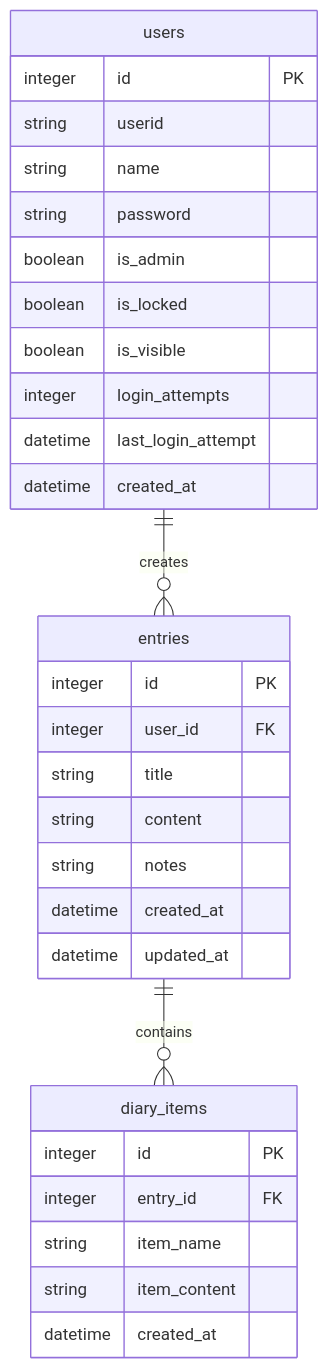
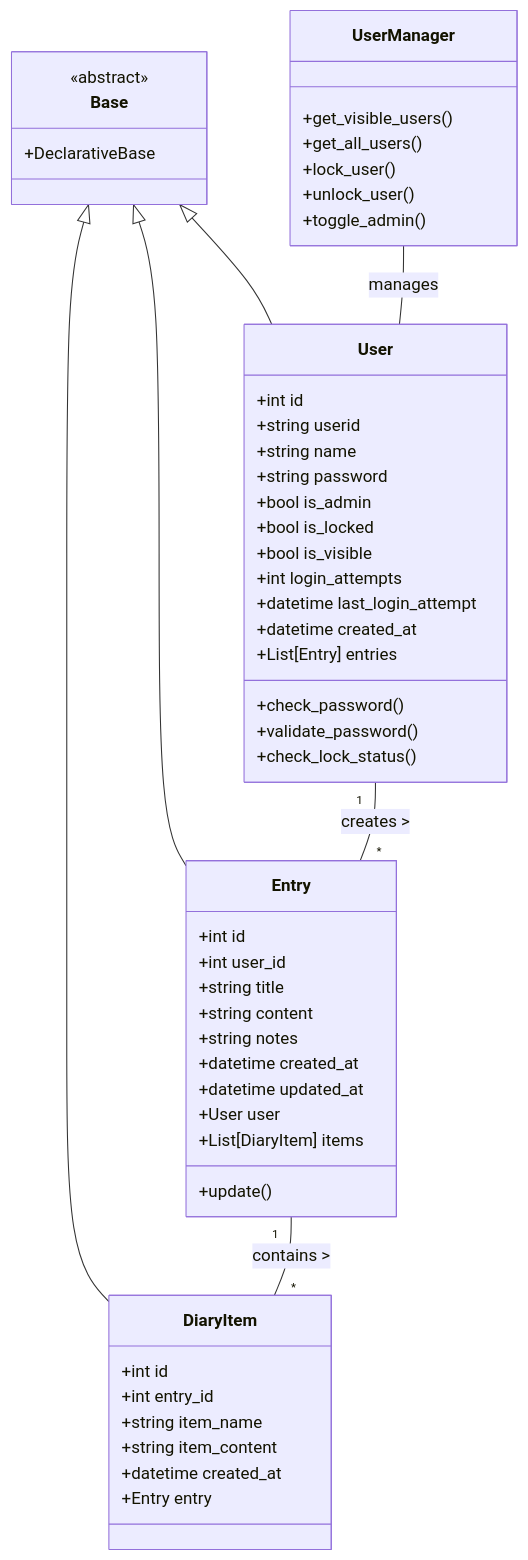
One commit to sougetuOte/LifeLog changed the second of 11 diagrams in docs/diagrams.md. Above: the diagram before and after it, drawn with Mermaid. The commit also changed other lines of this file and 6 other files, not shown here.

````diff
--- a/docs/diagrams.md
+++ b/docs/diagrams.md
@@ -4,36 +42,61 @@
 ```mermaid
-erDiagram
-    users ||--o{ entries : creates
-    entries ||--o{ diary_items : contains
-    
-    users {
-        integer id PK
-        string userid
-        string name
-        string password
-        boolean is_admin
-        boolean is_locked
-        boolean is_visible
-        integer login_attempts
-        datetime last_login_attempt
-        datetime created_at
+classDiagram
+    class Base {
+        <<abstract>>
+        +DeclarativeBase
     }
-    
-    entries {
-        integer id PK
-        integer user_id FK
-        string title
-        string content
-        string notes
-        datetime created_at
-        datetime updated_at
+
+    class User {
+        +int id
+        +string userid
+        +string name
+        +string password
+        +bool is_admin
+        +bool is_locked
+        +bool is_visible
+        +int login_attempts
+        +datetime last_login_attempt
+        +datetime created_at
+        +List[Entry] entries
+        +check_password()
+        +validate_password()
+        +check_lock_status()
     }
-    
-    diary_items {
-        integer id PK
-        integer entry_id FK
-        string item_name
-        string item_content
-        datetime created_at
+
+    class Entry {
+        +int id
+        +int user_id
+        +string title
+        +string content
+        +string notes
+        +datetime created_at
+        +datetime updated_at
+        +User user
+        +List[DiaryItem] items
+        +update()
     }
+
+    class DiaryItem {
+        +int id
+        +int entry_id
+        +string item_name
+        +string item_content
+        +datetime created_at
+        +Entry entry
+    }
+
+    class UserManager {
+        +get_visible_users()
+        +get_all_users()
+        +lock_user()
+        +unlock_user()
+        +toggle_admin()
+    }
+
+    Base <|-- User
+    Base <|-- Entry
+    Base <|-- DiaryItem
+    User "1" -- "*" Entry : creates >
+    Entry "1" -- "*" DiaryItem : contains >
+    UserManager -- User : manages
 ```
````
